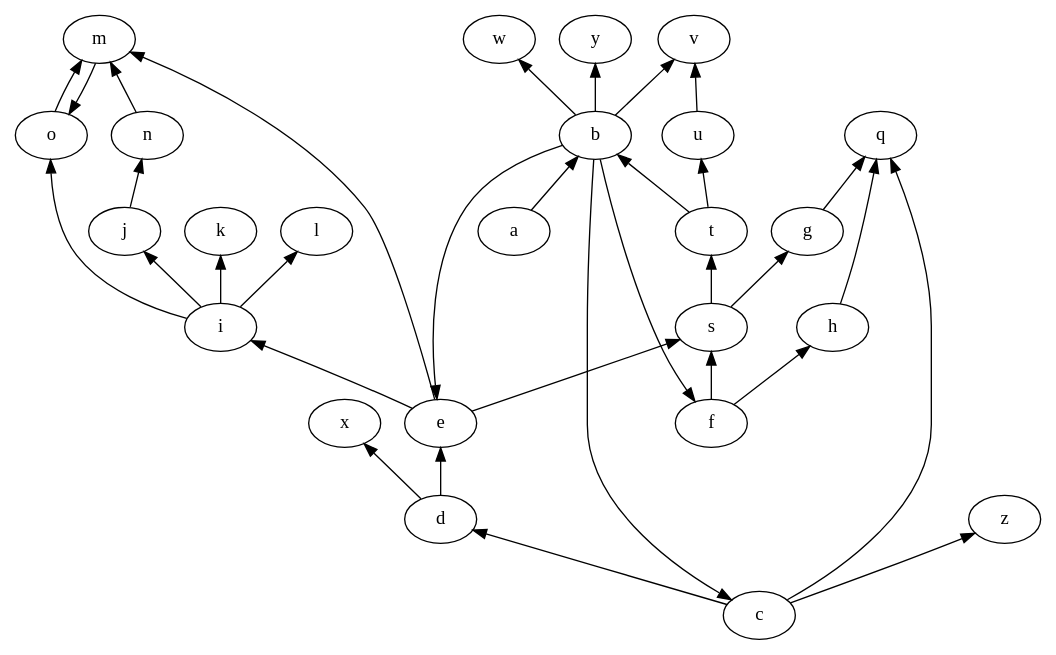
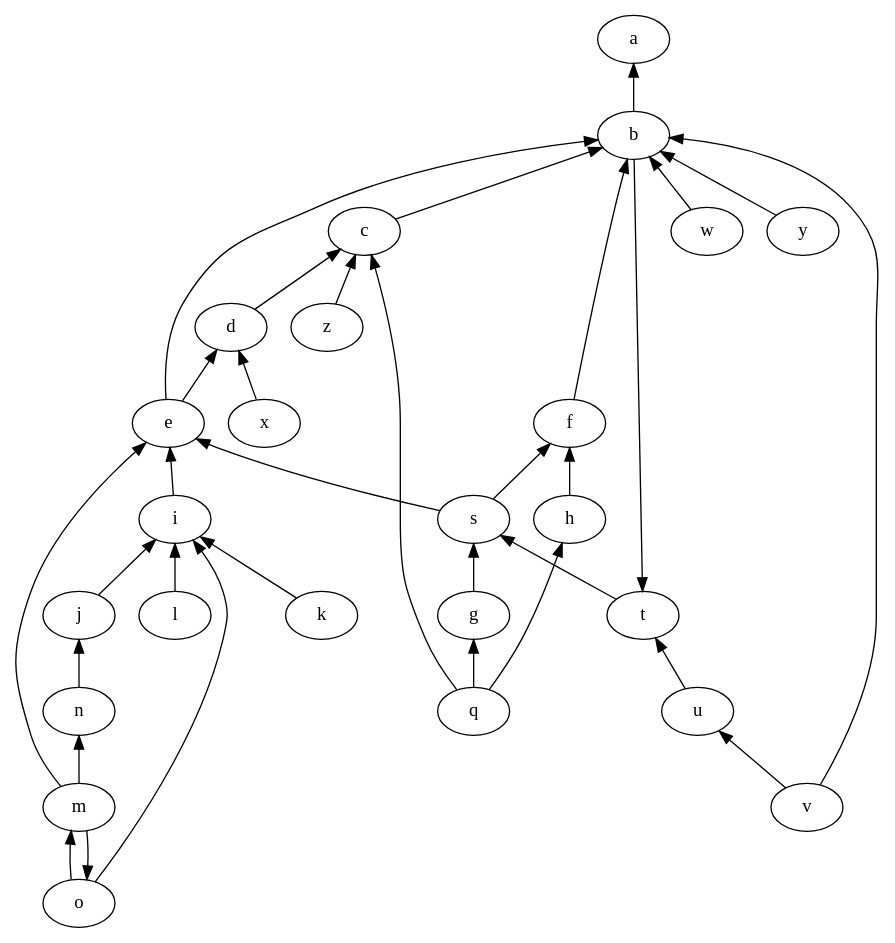
Before and after one commit to idaks/Games-and-Argumentation: the diagram in XLoKR-2023/1-Vanilla_version/output/plain_graph_reverse.dot, drawn with Graphviz. The commit also changed 25 other files, not shown here.

Commit message:
fix the input graph

```diff
--- a/XLoKR-2023/1-Vanilla_version/output/plain_graph_reverse.dot
+++ b/XLoKR-2023/1-Vanilla_version/output/plain_graph_reverse.dot
@@ -1,34 +1,34 @@
 strict digraph "" {
-	b -> a	[dir=back];
-	b -> t	[dir=back];
-	t -> s	[dir=back];
-	s -> e	[dir=back];
-	s -> f	[dir=back];
-	c -> b	[dir=back];
-	d -> c	[dir=back];
-	e -> b	[dir=back];
-	e -> d	[dir=back];
-	f -> b	[dir=back];
-	g -> s	[dir=back];
-	h -> f	[dir=back];
-	i -> e	[dir=back];
-	j -> i	[dir=back];
-	k -> i	[dir=back];
-	l -> i	[dir=back];
-	m -> e	[dir=back];
+	a -> b	[dir=back];
+	b -> c	[dir=back];
+	b -> e	[dir=back];
+	b -> f	[dir=back];
+	b -> v	[dir=back];
+	b -> w	[dir=back];
+	b -> y	[dir=back];
+	c -> d	[dir=back];
+	c -> q	[dir=back];
+	c -> z	[dir=back];
+	e -> s	[dir=back];
+	e -> i	[dir=back];
+	e -> m	[dir=back];
+	f -> s	[dir=back];
+	f -> h	[dir=back];
+	t -> b	[dir=back];
+	t -> u	[dir=back];
+	u -> v	[dir=back];
+	d -> e	[dir=back];
+	d -> x	[dir=back];
+	s -> t	[dir=back];
+	s -> g	[dir=back];
+	i -> j	[dir=back];
+	i -> k	[dir=back];
+	i -> l	[dir=back];
+	i -> o	[dir=back];
 	m -> o	[dir=back];
-	m -> n	[dir=back];
-	o -> i	[dir=back];
+	h -> q	[dir=back];
+	g -> q	[dir=back];
+	j -> n	[dir=back];
 	o -> m	[dir=back];
-	n -> j	[dir=back];
-	q -> c	[dir=back];
-	q -> g	[dir=back];
-	q -> h	[dir=back];
-	u -> t	[dir=back];
-	v -> b	[dir=back];
-	v -> u	[dir=back];
-	w -> b	[dir=back];
-	x -> d	[dir=back];
-	y -> b	[dir=back];
-	z -> c	[dir=back];
+	n -> m	[dir=back];
 }
```
